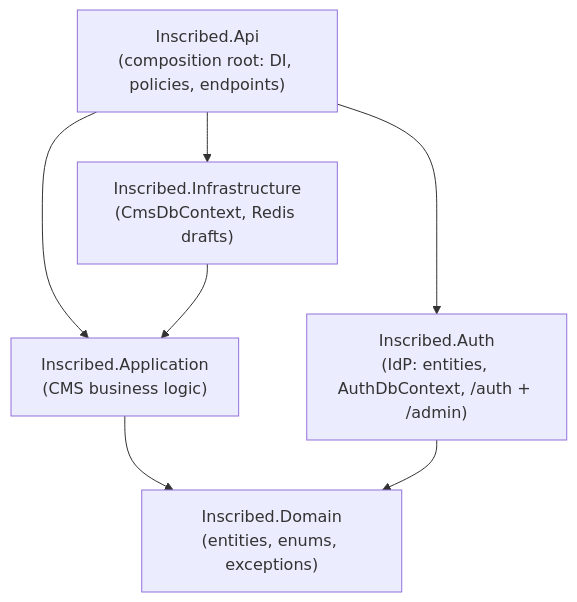
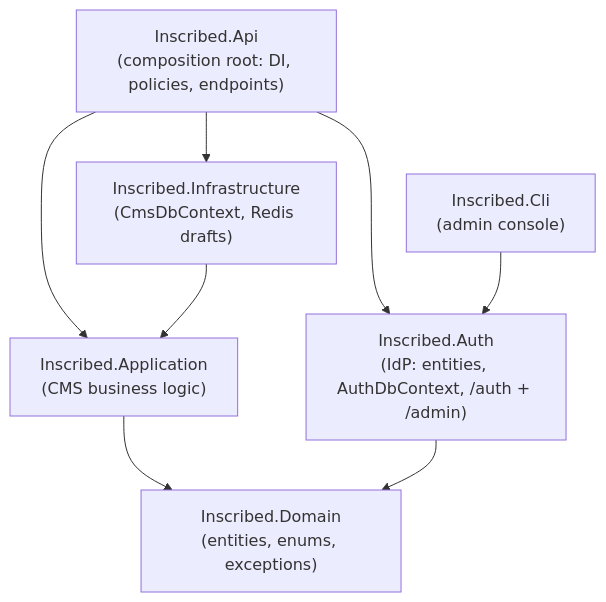
The first of 2 diagrams in README.md (fatiihnaz/inscribed-dotnet), drawn with Mermaid before and after one commit. The commit also changed other lines of this file and 8 other files, not shown here.

````diff
--- a/README.md
+++ b/README.md
@@ -232,15 +235,17 @@
 ```mermaid
 flowchart TD
     Api["Inscribed.Api<br/>(composition root: DI, policies, endpoints)"]
+    Cli["Inscribed.Cli<br/>(admin console)"]
     App["Inscribed.Application<br/>(CMS business logic)"]
     Infra["Inscribed.Infrastructure<br/>(CmsDbContext, Redis drafts)"]
     Auth["Inscribed.Auth<br/>(IdP: entities, AuthDbContext, /auth + /admin)"]
     Domain["Inscribed.Domain<br/>(entities, enums, exceptions)"]
 
     Api --> App
     Api --> Infra
     Api --> Auth
+    Cli --> Auth
     App --> Domain
     Infra --> App
     Auth --> Domain
 ```
````
